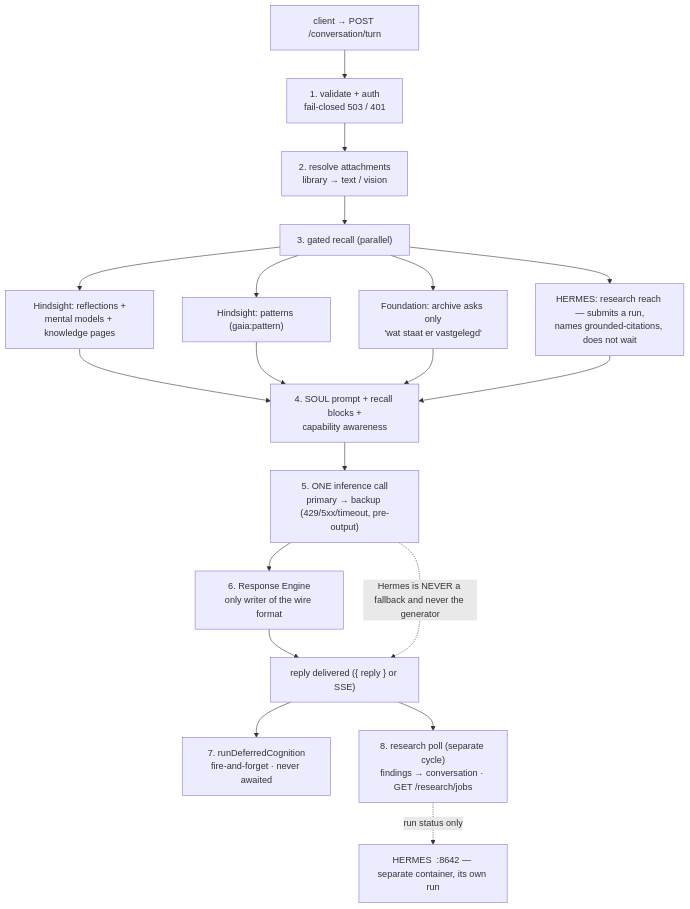
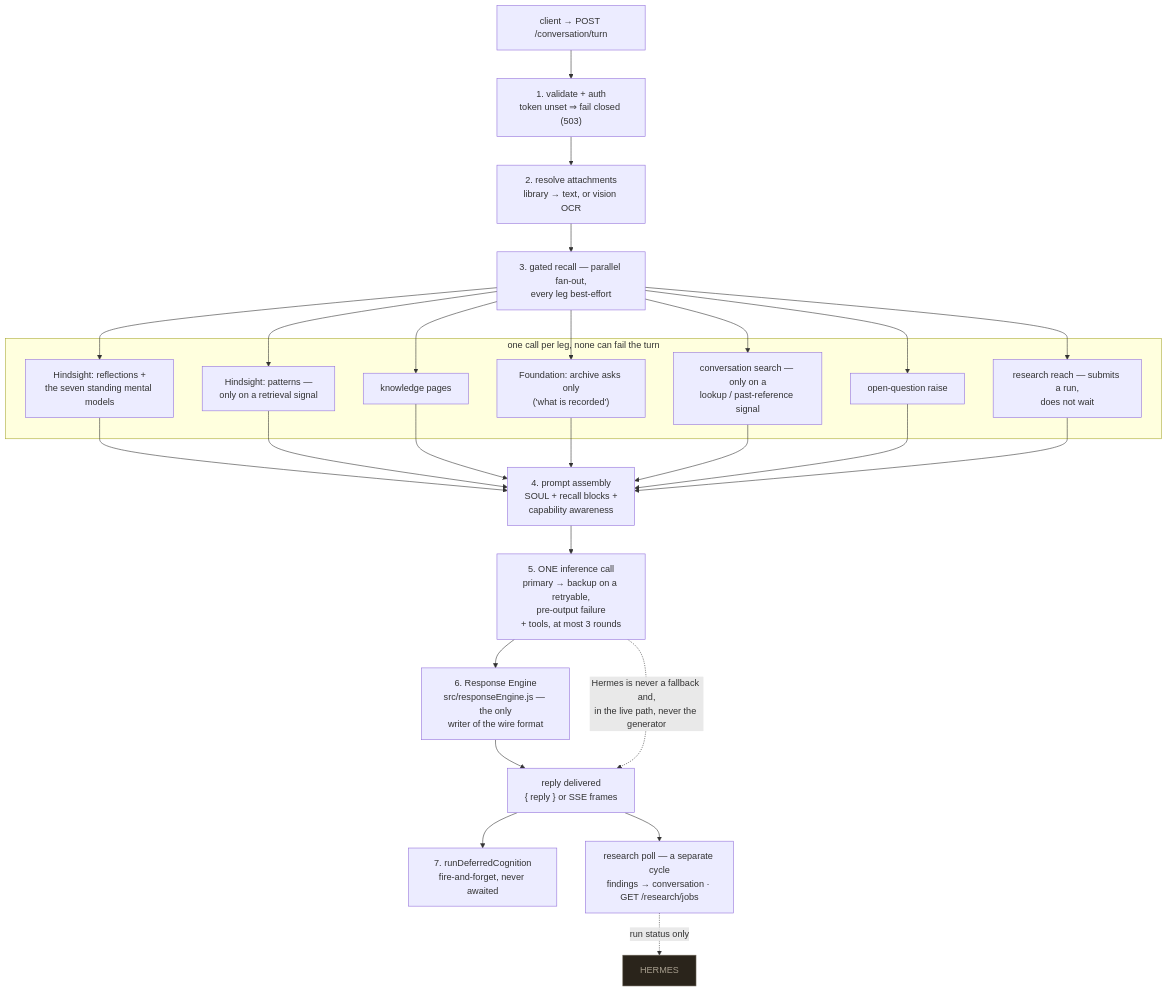
The second of 7 diagrams in docs/architecture-graph.md (Bojanni050/Gaia-Cloud), drawn with Mermaid before and after one commit. The commit also changed other lines of this file and 7 other files, not shown here.

````diff
--- a/docs/architecture-graph.md
+++ b/docs/architecture-graph.md
@@ -47,20 +51,30 @@
 ```mermaid
 flowchart TB
-    A["client → POST /conversation/turn"] --> B["1. validate + auth<br/>fail-closed 503 / 401"]
-    hermes["HERMES  :8642 — separate container, its own run"]
-    B --> C["2. resolve attachments<br/>library → text / vision"]
-    C --> D["3. gated recall (parallel)"]
-    D --> D1["Hindsight: reflections +<br/>mental models + knowledge pages"]
-    D --> D2["Hindsight: patterns (gaia:pattern)"]
-    D --> D3["Foundation: archive asks only<br/>'wat staat er vastgelegd'"]
-    D --> D4["HERMES: research reach — submits a run,<br/>names grounded-citations, does not wait"]
-    D1 & D2 & D3 & D4 --> E["4. SOUL prompt + recall blocks +<br/>capability awareness"]
-    E --> F["5. ONE inference call<br/>primary → backup (429/5xx/timeout, pre-output)"]
-    F --> G["6. Response Engine<br/>only writer of the wire format"]
-    G --> H["reply delivered ({ reply } or SSE)"]
-    H --> I["7. runDeferredCognition<br/>fire-and-forget · never awaited"]
-    H --> J["8. research poll (separate cycle)<br/>findings → conversation · GET /research/jobs"]
+    A["client → POST /conversation/turn"] --> B["1. validate + auth<br/>token unset ⇒ fail closed (503)"]
+    B --> C["2. resolve attachments<br/>library → text, or vision OCR"]
+    C --> R["3. gated recall — parallel fan-out,<br/>every leg best-effort"]
 
-    F -.->|"Hermes is NEVER a fallback and never the generator"| H
-    J -.->|"run status only"| hermes
+    subgraph recall["one call per leg, none can fail the turn"]
+        R1["Hindsight: reflections +<br/>the seven standing mental models"]
+        R2["Hindsight: patterns —<br/>only on a retrieval signal"]
+        R3["knowledge pages"]
+        R4["Foundation: archive asks only<br/>('what is recorded')"]
+        R5["conversation search — only on a<br/>lookup / past-reference signal"]
+        R6["open-question raise"]
+        R7["research reach — submits a run,<br/>does not wait"]
+    end
+    R --> R1 & R2 & R3 & R4 & R5 & R6 & R7
+
+    R1 & R2 & R3 & R4 & R5 & R6 & R7 --> E["4. prompt assembly<br/>SOUL + recall blocks +<br/>capability awareness"]
+    E --> F["5. ONE inference call<br/>primary → backup on a retryable,<br/>pre-output failure<br/>+ tools, at most 3 rounds"]
+    F --> G["6. Response Engine<br/>src/responseEngine.js — the only<br/>writer of the wire format"]
+    G --> H["reply delivered<br/>{ reply } or SSE frames"]
+    H --> I["7. runDeferredCognition<br/>fire-and-forget, never awaited"]
+    H --> J["research poll — a separate cycle<br/>findings → conversation · GET /research/jobs"]
+
+    F -.->|"Hermes is never a fallback and,<br/>in the live path, never the generator"| H
+    J -.->|"run status only"| HS["HERMES"]
+
+    classDef nope fill:#2A241B,stroke:#6F675A,color:#A79E8E
+    class HS nope
 ```
````
